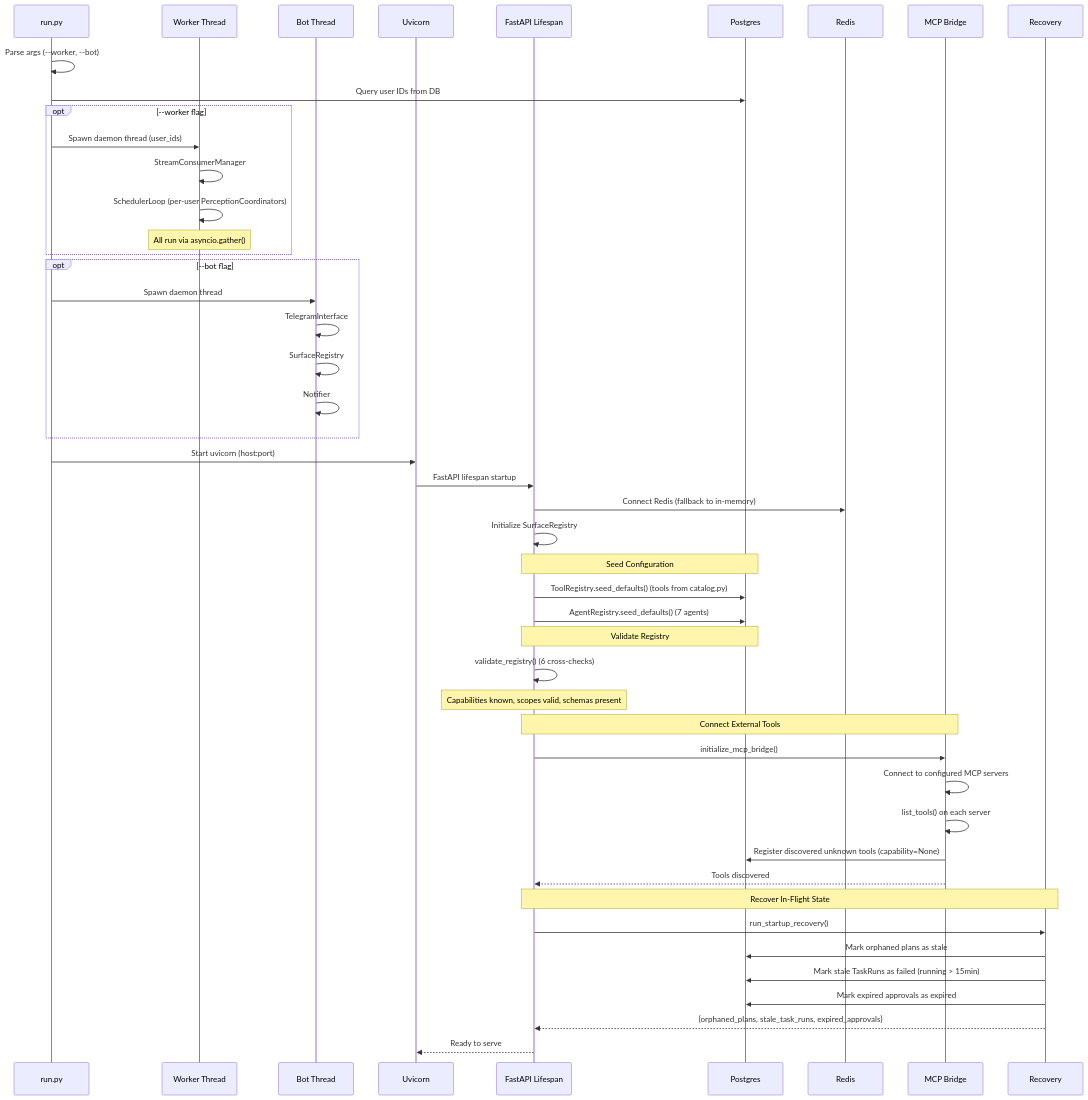
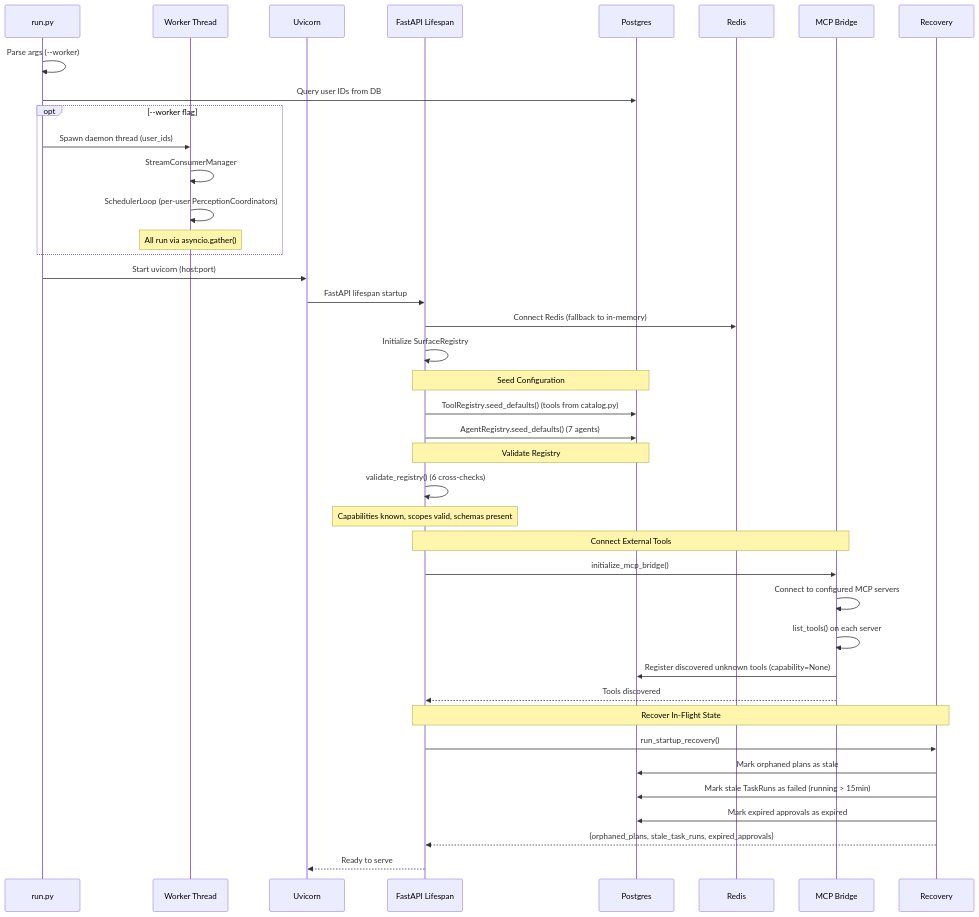
Before and after one commit to shivadharmi/muldro: the first of 3 diagrams in docs/architecture/startup.md, drawn with Mermaid. The commit also changed other lines of this file and 9 other files, not shown here.

First line of the commit message:
refactor: remove dead Telegram bot interface

````diff
--- a/docs/architecture/startup.md
+++ b/docs/architecture/startup.md
@@ -5,59 +5,51 @@
 ```mermaid
 sequenceDiagram
     participant R as run.py
     participant W as Worker Thread
-    participant B as Bot Thread
     participant UV as Uvicorn
     participant APP as FastAPI Lifespan
     participant DB as Postgres
     participant RD as Redis
     participant MCP as MCP Bridge
     participant REC as Recovery
 
-    R->>R: Parse args (--worker, --bot)
+    R->>R: Parse args (--worker)
     R->>DB: Query user IDs from DB
 
     opt --worker flag
         R->>W: Spawn daemon thread (user_ids)
         W->>W: StreamConsumerManager
         W->>W: SchedulerLoop (per-user PerceptionCoordinators)
         Note over W: All run via asyncio.gather()
-    end
-
-    opt --bot flag
-        R->>B: Spawn daemon thread
-        B->>B: TelegramInterface
-        B->>B: SurfaceRegistry
-        B->>B: Notifier
     end
 
     R->>UV: Start uvicorn (host:port)
     UV->>APP: FastAPI lifespan startup
 
     APP->>RD: Connect Redis (fallback to in-memory)
     APP->>APP: Initialize SurfaceRegistry
 
     Note over APP,DB: Seed Configuration
     APP->>DB: ToolRegistry.seed_defaults() (tools from catalog.py)
     APP->>DB: AgentRegistry.seed_defaults() (7 agents)
 
     Note over APP,DB: Validate Registry
     APP->>APP: validate_registry() (6 cross-checks)
     Note over APP: Capabilities known, scopes valid, schemas present
 
     Note over APP,MCP: Connect External Tools
     APP->>MCP: initialize_mcp_bridge()
     MCP->>MCP: Connect to configured MCP servers
     MCP->>MCP: list_tools() on each server
     MCP->>DB: Register discovered unknown tools (capability=None)
     MCP-->>APP: Tools discovered
 
     Note over APP,REC: Recover In-Flight State
     APP->>REC: run_startup_recovery()
     REC->>DB: Mark orphaned plans as stale
     REC->>DB: Mark stale TaskRuns as failed (running > 15min)
     REC->>DB: Mark expired approvals as expired
     REC-->>APP: {orphaned_plans, stale_task_runs, expired_approvals}
 
     APP-->>UV: Ready to serve
 ```
````
